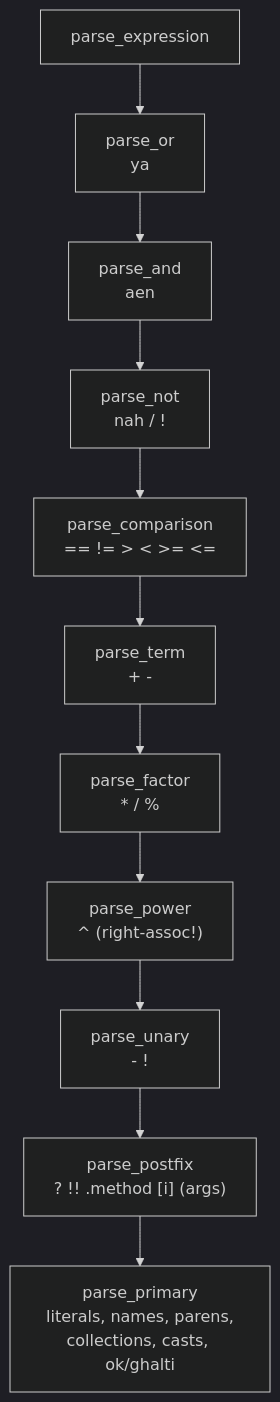
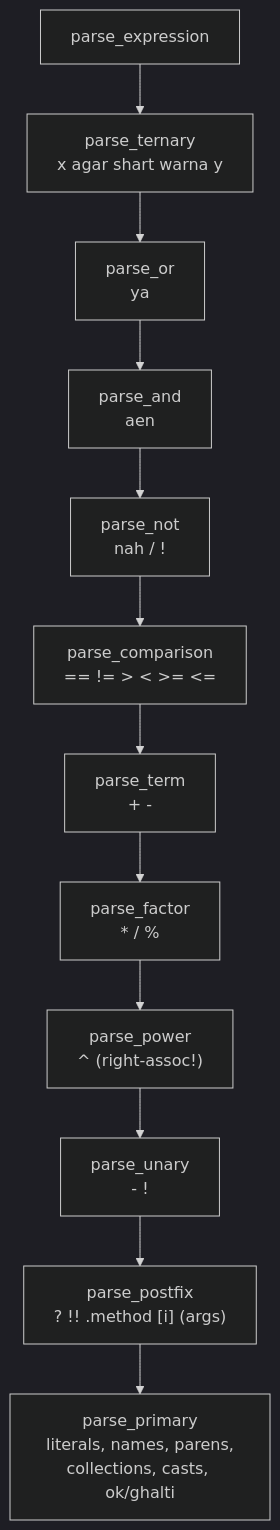
Before and after one commit to Sindlish/Sindlish: the diagram in book/src/parser.md, drawn with Mermaid (dark theme). The commit also changed other lines of this file and 11 other files, not shown here.

First line of the commit message:
feat(SEP 46): ternary conditional expression `x agar shart warna y`

````diff
--- a/book/src/parser.md
+++ b/book/src/parser.md
@@ -15,13 +15,14 @@
 ```mermaid
 flowchart TD
-    parse_expression["parse_expression"] --> OR["parse_or<br>ya"]
+    parse_expression["parse_expression"] --> TERNARY["parse_ternary<br>x agar shart warna y"]
+    TERNARY --> OR["parse_or<br>ya"]
     OR --> AND["parse_and<br>aen"]
     AND --> NOT["parse_not<br>nah / !"]
     NOT --> CMP["parse_comparison<br>== != > < >= <="]
     CMP --> TERM["parse_term<br>+ -"]
     TERM --> FACTOR["parse_factor<br>* / %"]
     FACTOR --> POWER["parse_power<br>^ (right-assoc!)"]
     POWER --> UNARY["parse_unary<br>- !"]
     UNARY --> POSTFIX["parse_postfix<br>? !! .method [i] (args)"]
     POSTFIX --> PRIMARY["parse_primary<br>literals, names, parens,<br>collections, casts, ok/ghalti"]
 ```
````
